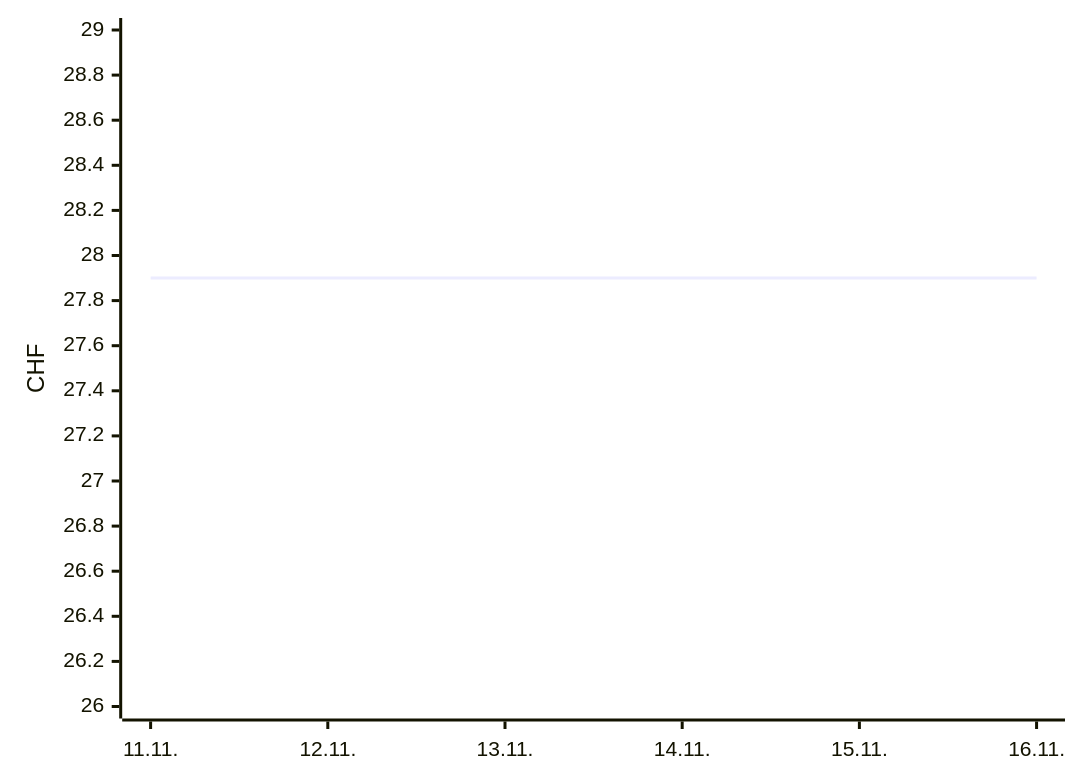
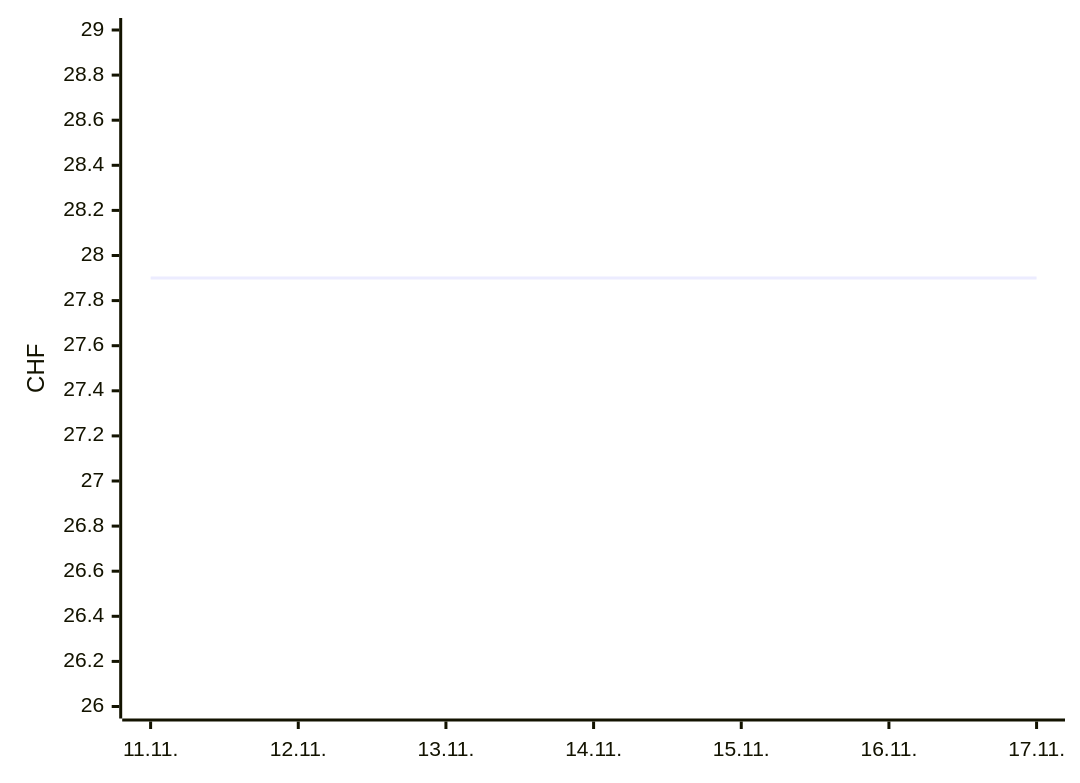
The first of 2 diagrams in README.md (Akira2828/my-Galaxus-MCP), drawn with Mermaid before and after one commit. The commit also changed other lines of this file and 1 other file, not shown here.

````diff
--- a/README.md
+++ b/README.md
@@ -16,6 +16,6 @@
 ```mermaid
 xychart-beta
-  x-axis ["11.11.", "12.11.", "13.11.", "14.11.", "15.11.", "16.11."]
+  x-axis ["11.11.", "12.11.", "13.11.", "14.11.", "15.11.", "16.11.", "17.11."]
   y-axis "CHF" 26 --> 29
-  line [27.9, 27.9, 27.9, 27.9, 27.9, 27.9]
+  line [27.9, 27.9, 27.9, 27.9, 27.9, 27.9, 27.9]
 ```
````
